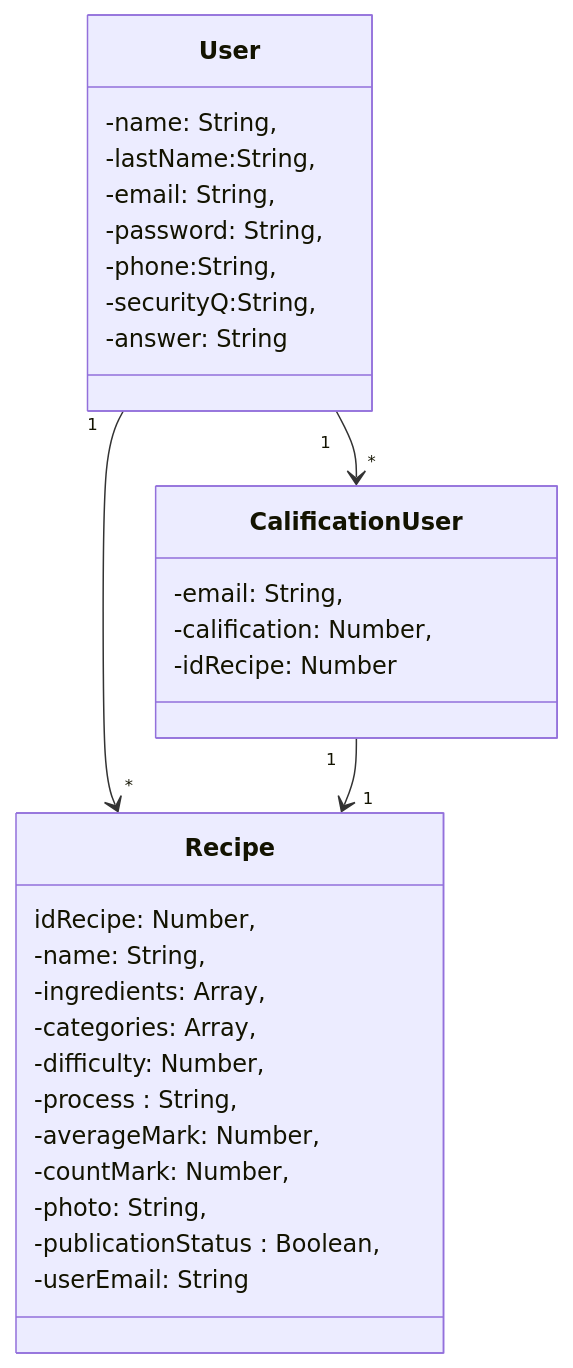
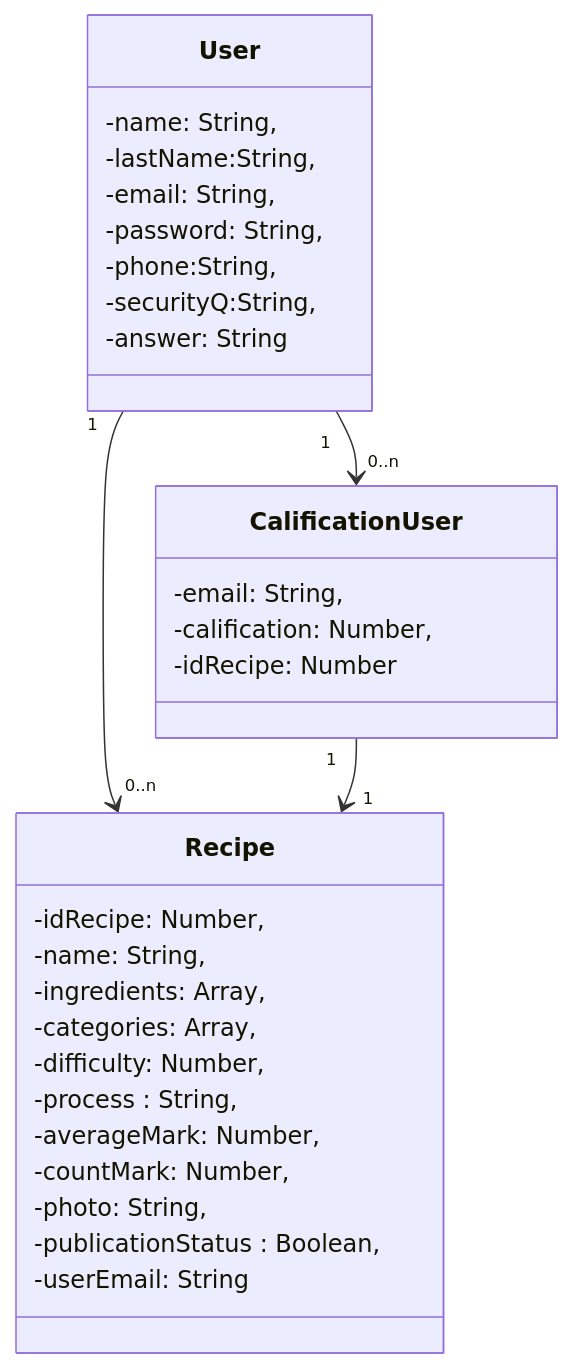
Before and after one commit to candelaesquivel/TPO_API_React: the second of 2 diagrams in README.md, drawn with Mermaid. The commit also changed other lines of this file, not shown here.

````diff
--- a/README.md
+++ b/README.md
@@ -60,34 +63,34 @@
 ```mermaid
 classDiagram
  class User {
     -name: String,
     -lastName:String,
     -email: String,
     -password: String,
     -phone:String,
     -securityQ:String,
     -answer: String
   }
   class Recipe {
-  idRecipe: Number,
+    -idRecipe: Number,
     -name: String,
     -ingredients: Array,
     -categories: Array,
     -difficulty: Number,
     -process : String,
     -averageMark: Number,
     -countMark: Number,
     -photo: String,
     -publicationStatus : Boolean,
     -userEmail: String 
     }
     class CalificationUser {
     -email: String,
     -calification: Number,
     -idRecipe: Number
     }
     
- User "1" --> "*" Recipe
- User "1" --> "*" CalificationUser
+ User "1" --> "0..n" Recipe
+ User "1" --> "0..n" CalificationUser
  CalificationUser "1" --> "1" Recipe
 ```
````
